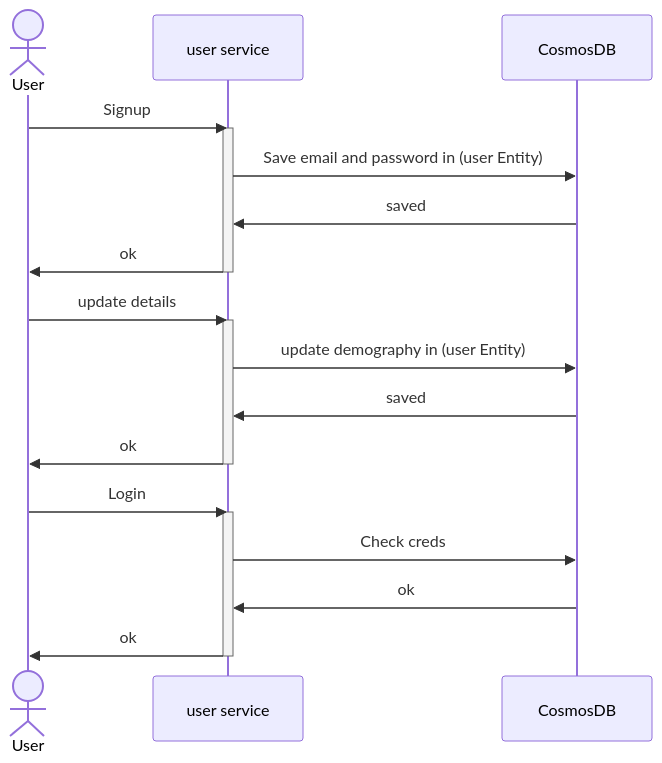
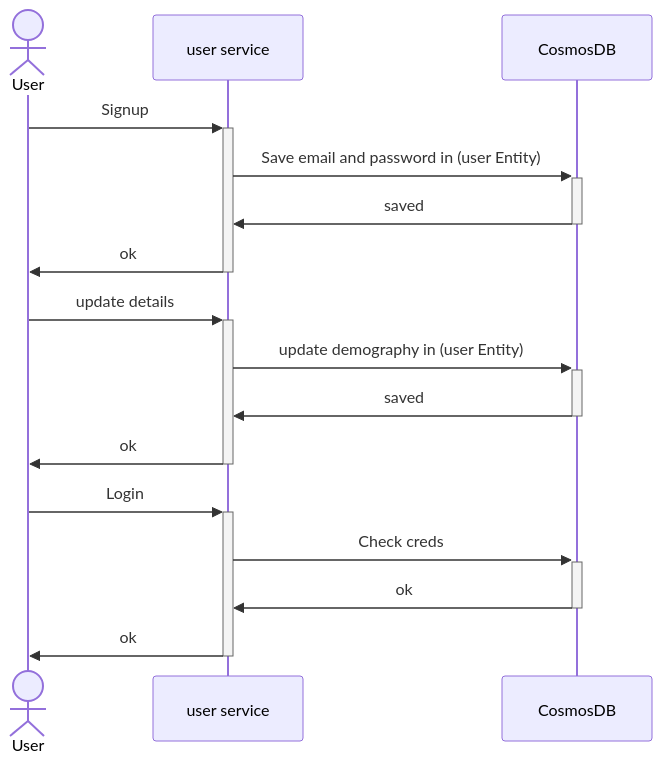
One commit to Learn-Via-AI/communicator changed the second of 6 diagrams in README.md. Above: the diagram before and after it, drawn with Mermaid. The commit also changed other lines of this file, not shown here.

````diff
--- a/README.md
+++ b/README.md
@@ -60,28 +61,22 @@
 ```mermaid
 sequenceDiagram
     actor U as User
     participant US as user service
     participant db as CosmosDB
     
-    U->>US: Signup
-    activate US
-    US->>db: Save email and password in (user Entity)
-    db->>US: saved
-    US->>U: ok
-    deactivate US
+    U->>+US: Signup
+    US->>+db: Save email and password in (user Entity)
+    db->>-US: saved
+    US->>-U: ok
     
-    U->>US: update details
-    activate US
-    US->>db: update demography in (user Entity)
-    db->>US: saved
-    US->>U: ok
-    deactivate US
+    U->>+US: update details
+    US->>+db: update demography in (user Entity)
+    db->>-US: saved
+    US->>-U: ok
     
-    U->>US: Login
-    activate US
-    US->>db: Check creds
-    db->>US: ok
-    US->>U: ok
+    U->>+US: Login
+    US->>+db: Check creds
+    db->>-US: ok
+    US->>-U: ok
 
-    deactivate US
 ```
````
